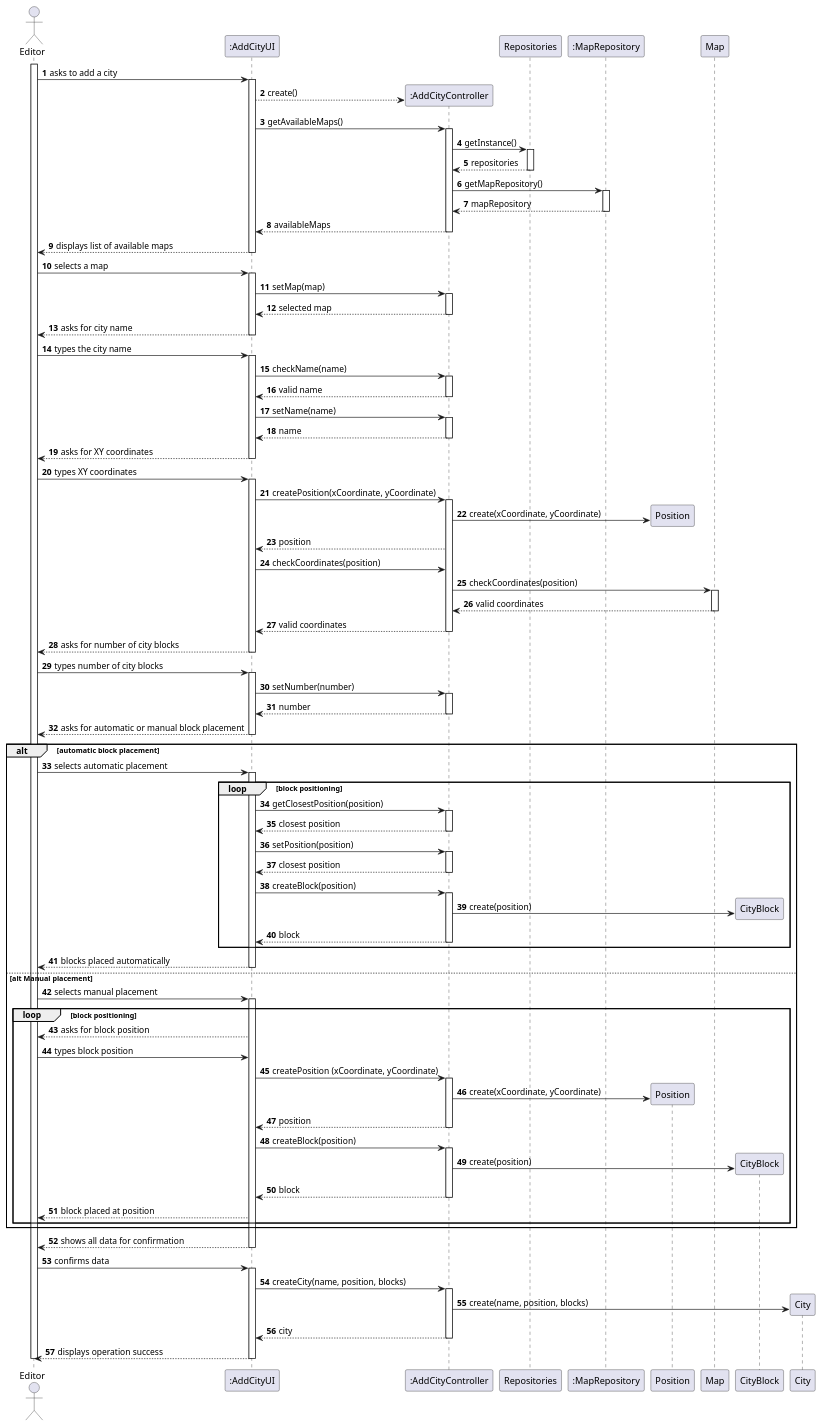
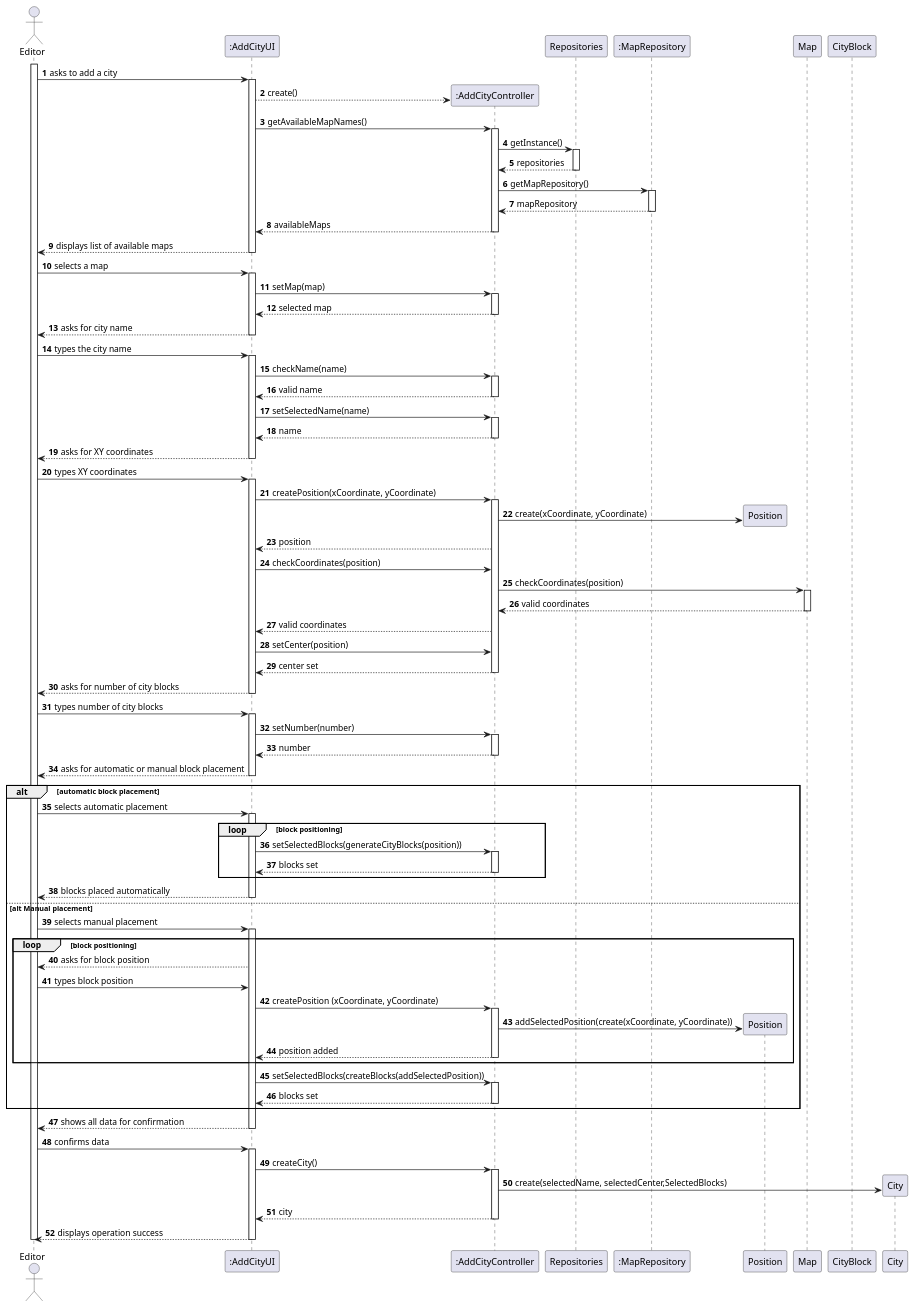
One commit to 1240935/pi2-railway-simulator changed the diagram in Sprint2/US003/03.design/puml/US003-SD-full.puml. Above: the diagram before and after it, drawn with PlantUML. The commit also changed 20 other files, not shown here.

```diff
--- a/Sprint2/US003/03.design/puml/US003-SD-full.puml
+++ b/Sprint2/US003/03.design/puml/US003-SD-full.puml
@@ -1,155 +1,149 @@
 @startuml
 'skinparam monochrome true
 skinparam packageStyle rectangle
 skinparam shadowing false
 
 autonumber
 
 actor "Editor" as EDITOR
 participant ":AddCityUI" as UI
 participant ":AddCityController" as CTRL
 participant "Repositories" as REPOS
 participant ":MapRepository" as MAP_REPOS
 participant "Position" as PSTN
 participant "Map" as MAP
 participant "CityBlock" as BLOCK
 participant "City" as CITY
 
 activate EDITOR
 
     EDITOR -> UI : asks to add a city
     activate UI
         UI --> CTRL** : create()
-        UI -> CTRL : getAvailableMaps()
+        UI -> CTRL : getAvailableMapNames()
             activate CTRL
             CTRL -> REPOS : getInstance()
                 activate REPOS
                 REPOS --> CTRL : repositories
                 deactivate REPOS
             CTRL -> MAP_REPOS : getMapRepository()
                 activate MAP_REPOS
                 MAP_REPOS --> CTRL : mapRepository
                 deactivate MAP_REPOS
              CTRL --> UI : availableMaps
             deactivate CTRL
 
 
 
         UI --> EDITOR : displays list of available maps
     deactivate UI
 
     EDITOR -> UI : selects a map
     activate UI
     UI -> CTRL : setMap(map)
         activate CTRL
         CTRL --> UI : selected map
         deactivate CTRL
         UI --> EDITOR : asks for city name
     deactivate UI
 
     EDITOR -> UI : types the city name
     activate UI
     UI -> CTRL : checkName(name)
     activate CTRL
     CTRL --> UI : valid name
     deactivate CTRL
-    UI -> CTRL: setName(name)
+    UI -> CTRL: setSelectedName(name)
     activate CTRL
     CTRL --> UI: name
     deactivate CTRL
         UI --> EDITOR : asks for XY coordinates
     deactivate UI
 
     EDITOR -> UI : types XY coordinates
     activate UI
         UI -> CTRL : createPosition(xCoordinate, yCoordinate)
         activate CTRL
         CTRL -> PSTN** : create(xCoordinate, yCoordinate)
         CTRL --> UI : position
          UI -> CTRL: checkCoordinates(position)
 
             CTRL -> MAP : checkCoordinates(position)
             activate MAP
 
             MAP --> CTRL : valid coordinates
             deactivate MAP
 
             CTRL --> UI : valid coordinates
+
+            UI -> CTRL: setCenter(position)
+
+            CTRL --> UI : center set
             deactivate CTRL
 
         UI --> EDITOR : asks for number of city blocks
     deactivate UI
 
     EDITOR -> UI : types number of city blocks
     activate UI
         UI -> CTRL : setNumber(number)
         activate CTRL
         CTRL --> UI : number
         deactivate CTRL
         UI --> EDITOR : asks for automatic or manual block placement
     deactivate UI
 
     alt automatic block placement
         EDITOR -> UI : selects automatic placement
         activate UI
 
         loop block positioning
-            UI -> CTRL: getClosestPosition(position)
+            UI -> CTRL: setSelectedBlocks(generateCityBlocks(position))
             activate CTRL
-            CTRL --> UI: closest position
-            deactivate CTRL
-            UI -> CTRL: setPosition(position)
-            activate CTRL
-            CTRL --> UI: closest position
-            deactivate CTRL
-            UI -> CTRL: createBlock(position)
-            activate CTRL
-            CTRL -> BLOCK** : create(position)
-            CTRL --> UI: block
+            CTRL --> UI: blocks set
             deactivate CTRL
         end loop
 
             UI --> EDITOR : blocks placed automatically
         deactivate UI
     else alt Manual placement
         EDITOR -> UI : selects manual placement
         activate UI
 
         loop block positioning
             UI --> EDITOR : asks for block position
             EDITOR -> UI : types block position
         UI -> CTRL : createPosition (xCoordinate, yCoordinate)
         activate CTRL
-        CTRL -> PSTN** : create(xCoordinate, yCoordinate)
-        CTRL --> UI : position
+        CTRL -> PSTN** : addSelectedPosition(create(xCoordinate, yCoordinate))
+        CTRL --> UI : position added
         deactivate CTRL
-         UI -> CTRL: createBlock(position)
-                    activate CTRL
-                    CTRL -> BLOCK** : create(position)
-                    CTRL --> UI: block
-                    deactivate CTRL
-
-        UI --> EDITOR : block placed at position
 
         end loop
+
+        UI -> CTRL : setSelectedBlocks(createBlocks(addSelectedPosition))
+        activate CTRL
+
+        CTRL --> UI : blocks set
+        deactivate CTRL
 
     end alt
 
     UI --> EDITOR : shows all data for confirmation
 
     deactivate UI
 
     EDITOR -> UI : confirms data
     activate UI
 
-        UI -> CTRL : createCity(name, position, blocks)
+        UI -> CTRL : createCity()
         activate CTRL
-        CTRL -> CITY** : create(name, position, blocks)
+        CTRL -> CITY** : create(selectedName, selectedCenter,SelectedBlocks)
         CTRL --> UI: city
         deactivate CTRL
 
         UI --> EDITOR : displays operation success
     deactivate UI
 
 deactivate EDITOR
 @enduml
```
